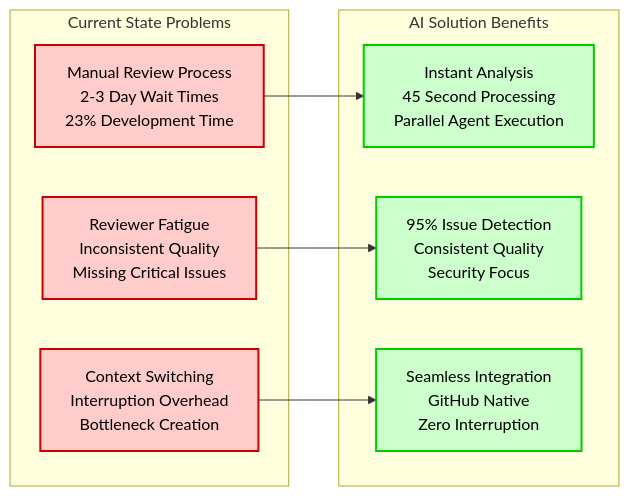
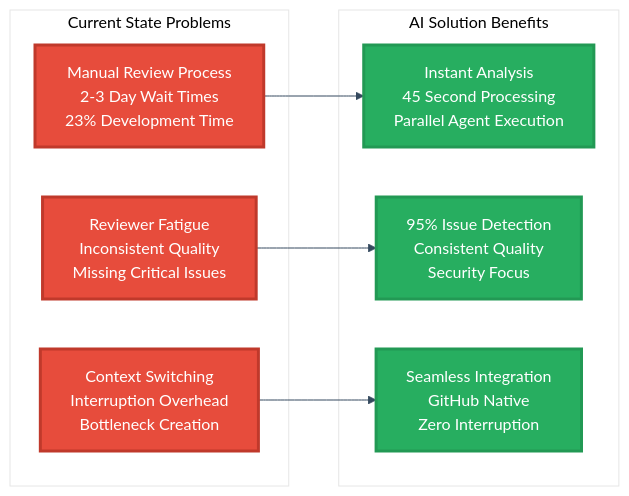
The first of 20 diagrams in README.md (PriscillaOng12/AI-Code-Review-Squad), drawn with Mermaid before and after one commit. The commit also changed other lines of this file, not shown here.

````diff
--- a/README.md
+++ b/README.md
@@ -28,25 +28,26 @@
 ```mermaid
+%%{init: {'theme': 'base', 'themeVariables': {'primaryColor': '#ffffff', 'primaryTextColor': '#2c3e50', 'primaryBorderColor': '#2c3e50', 'lineColor': '#34495e', 'secondaryColor': '#ffffff', 'tertiaryColor': '#ffffff', 'background': '#ffffff', 'mainBkg': '#ffffff', 'secondBkg': '#ffffff', 'tertiaryBkg': '#ffffff'}}}%%
 graph LR
     subgraph "Current State Problems"
         A[Manual Review Process<br/>2-3 Day Wait Times<br/>23% Development Time]
         B[Reviewer Fatigue<br/>Inconsistent Quality<br/>Missing Critical Issues]
         C[Context Switching<br/>Interruption Overhead<br/>Bottleneck Creation]
     end
     
     subgraph "AI Solution Benefits"
         D[Instant Analysis<br/>45 Second Processing<br/>Parallel Agent Execution]
         E[95% Issue Detection<br/>Consistent Quality<br/>Security Focus]
         F[Seamless Integration<br/>GitHub Native<br/>Zero Interruption]
     end
     
     A --> D
     B --> E
     C --> F
     
-    style A fill:#ffcccc,stroke:#cc0000,stroke-width:2px,color:#000000
-    style B fill:#ffcccc,stroke:#cc0000,stroke-width:2px,color:#000000
-    style C fill:#ffcccc,stroke:#cc0000,stroke-width:2px,color:#000000
-    style D fill:#ccffcc,stroke:#00cc00,stroke-width:2px,color:#000000
-    style E fill:#ccffcc,stroke:#00cc00,stroke-width:2px,color:#000000
-    style F fill:#ccffcc,stroke:#00cc00,stroke-width:2px,color:#000000
+    style A fill:#e74c3c,stroke:#c0392b,stroke-width:3px,color:#ffffff
+    style B fill:#e74c3c,stroke:#c0392b,stroke-width:3px,color:#ffffff
+    style C fill:#e74c3c,stroke:#c0392b,stroke-width:3px,color:#ffffff
+    style D fill:#27ae60,stroke:#229954,stroke-width:3px,color:#ffffff
+    style E fill:#27ae60,stroke:#229954,stroke-width:3px,color:#ffffff
+    style F fill:#27ae60,stroke:#229954,stroke-width:3px,color:#ffffff
 ```
````
